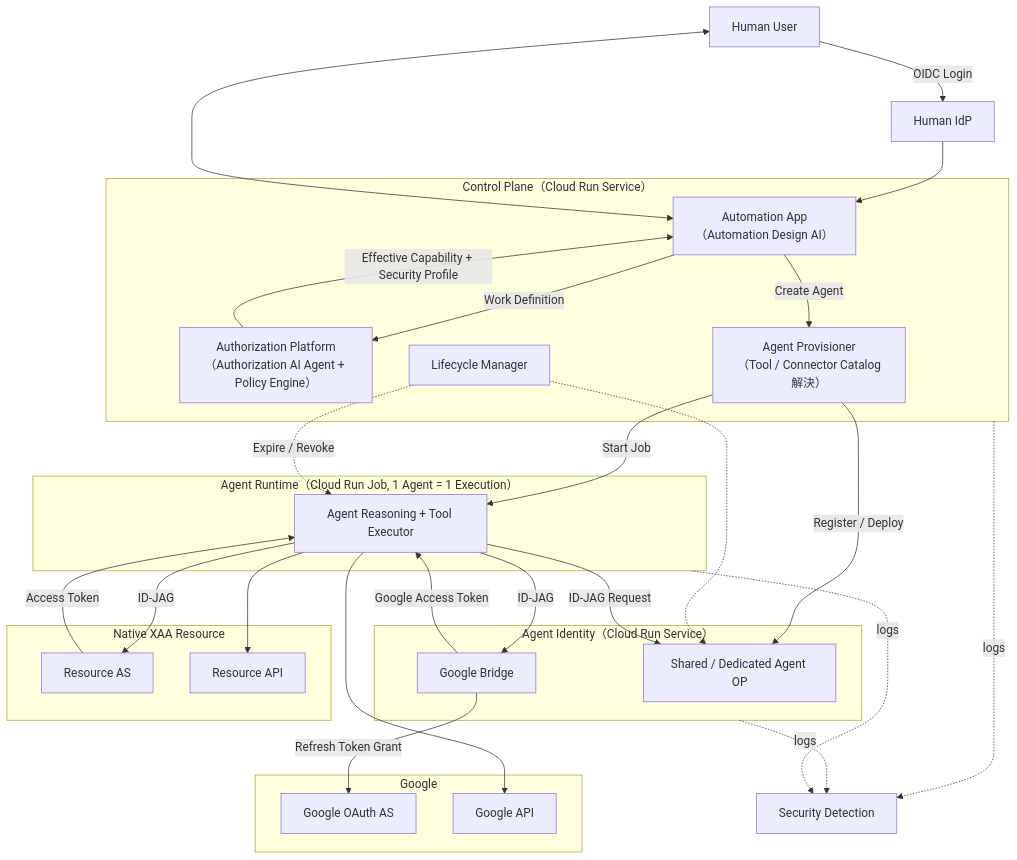
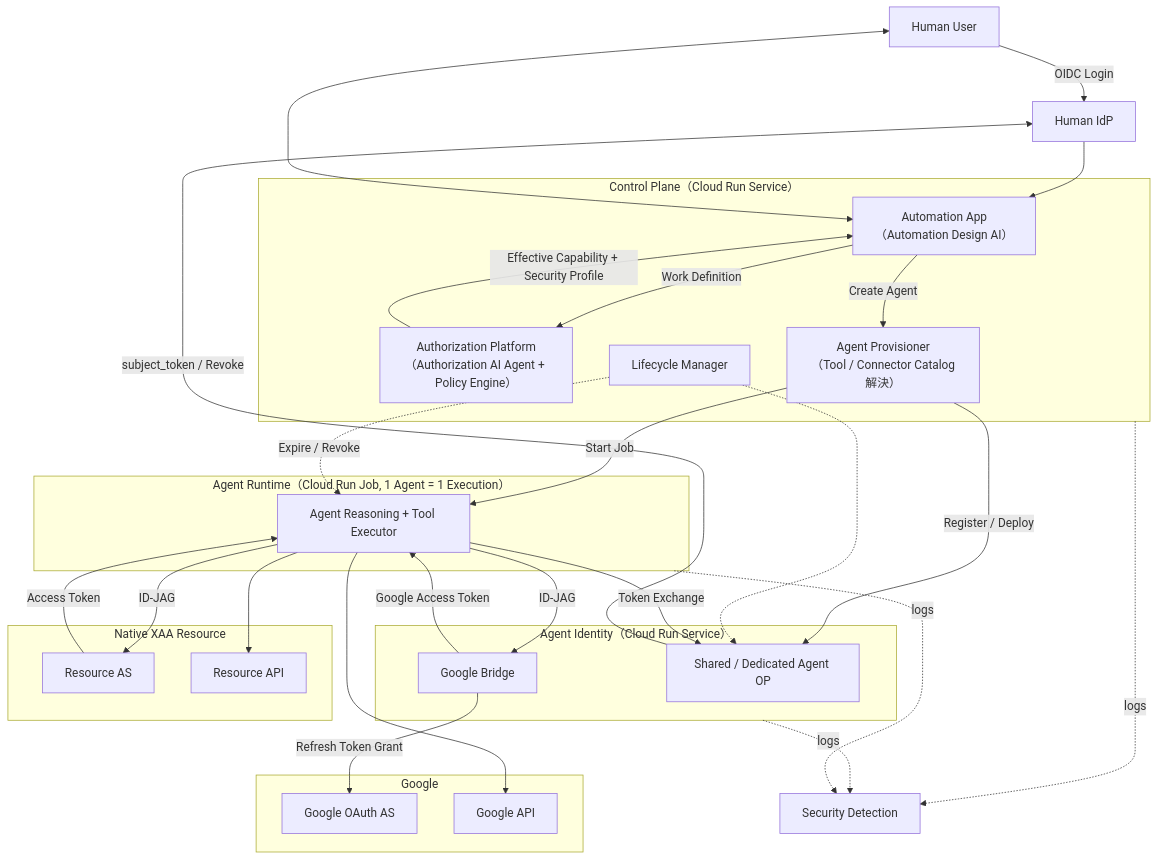
Before and after one commit to maronnjapan/agent-xaa-platform: the diagram in docs/01-overview.md, drawn with Mermaid. The commit also changed other lines of this file and 13 other files, not shown here.

````diff
--- a/docs/01-overview.md
+++ b/docs/01-overview.md
@@ -115,57 +123,58 @@
 ```mermaid
 flowchart TB
     USER[Human User]
     HIDP[Human IdP]
 
     subgraph CP["Control Plane（Cloud Run Service）"]
         AUTO["Automation App<br/>（Automation Design AI）"]
         AUTHZ["Authorization Platform<br/>（Authorization AI Agent + Policy Engine）"]
         PROV["Agent Provisioner<br/>（Tool / Connector Catalog解決）"]
         LIFE[Lifecycle Manager]
     end
 
     subgraph ID["Agent Identity（Cloud Run Service）"]
         OP[Shared / Dedicated Agent OP]
         BRIDGE[Google Bridge]
     end
 
     subgraph RT["Agent Runtime（Cloud Run Job, 1 Agent = 1 Execution）"]
         AGENT["Agent Reasoning + Tool Executor"]
     end
 
     subgraph NATIVE["Native XAA Resource"]
         NAS[Resource AS]
         NAPI[Resource API]
     end
 
     subgraph GOOGLE["Google"]
         GAS[Google OAuth AS]
         GAPI[Google API]
     end
 
     SEC[Security Detection]
 
     USER -->|OIDC Login| HIDP
     HIDP --> AUTO
     USER <--> AUTO
     AUTO -->|Work Definition| AUTHZ
     AUTHZ -->|Effective Capability + Security Profile| AUTO
     AUTO -->|Create Agent| PROV
     PROV -->|Register / Deploy| OP
     PROV -->|Start Job| AGENT
     LIFE -.->|Expire / Revoke| AGENT
     LIFE -.-> OP
 
-    AGENT -->|ID-JAG Request| OP
+    AGENT -->|Token Exchange| OP
+    OP -->|subject_token / Revoke| HIDP
     AGENT -->|ID-JAG| NAS
     NAS -->|Access Token| AGENT
     AGENT --> NAPI
     AGENT -->|ID-JAG| BRIDGE
     BRIDGE -->|Refresh Token Grant| GAS
     BRIDGE -->|Google Access Token| AGENT
     AGENT --> GAPI
 
     CP -. logs .-> SEC
     ID -. logs .-> SEC
     RT -. logs .-> SEC
 ```
````
